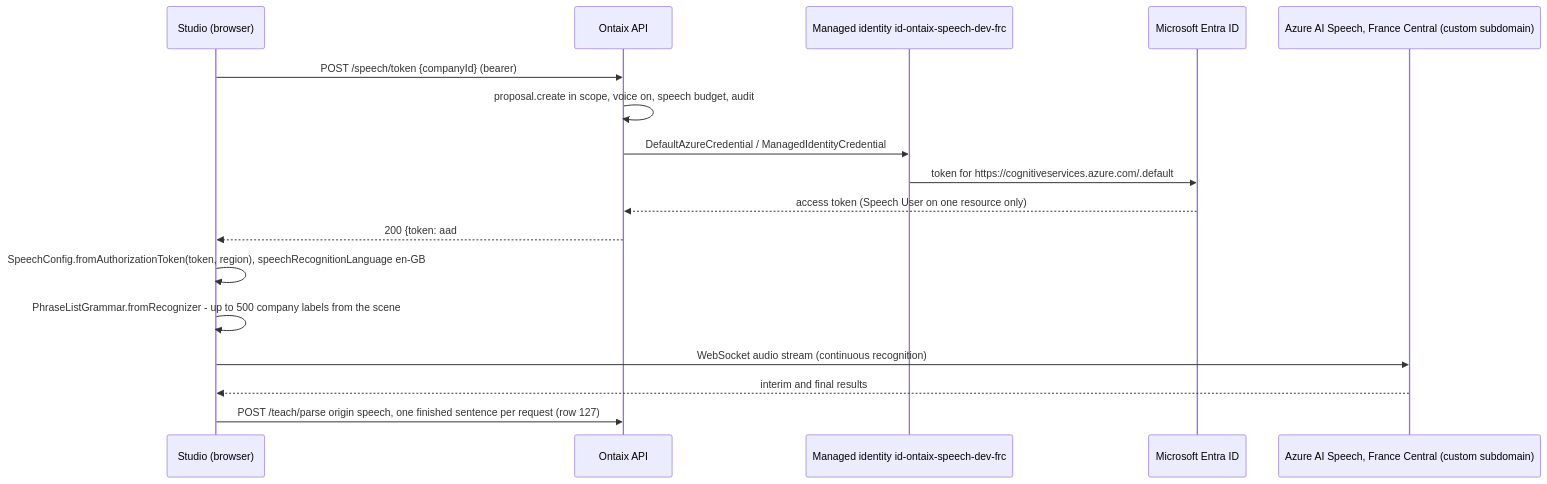
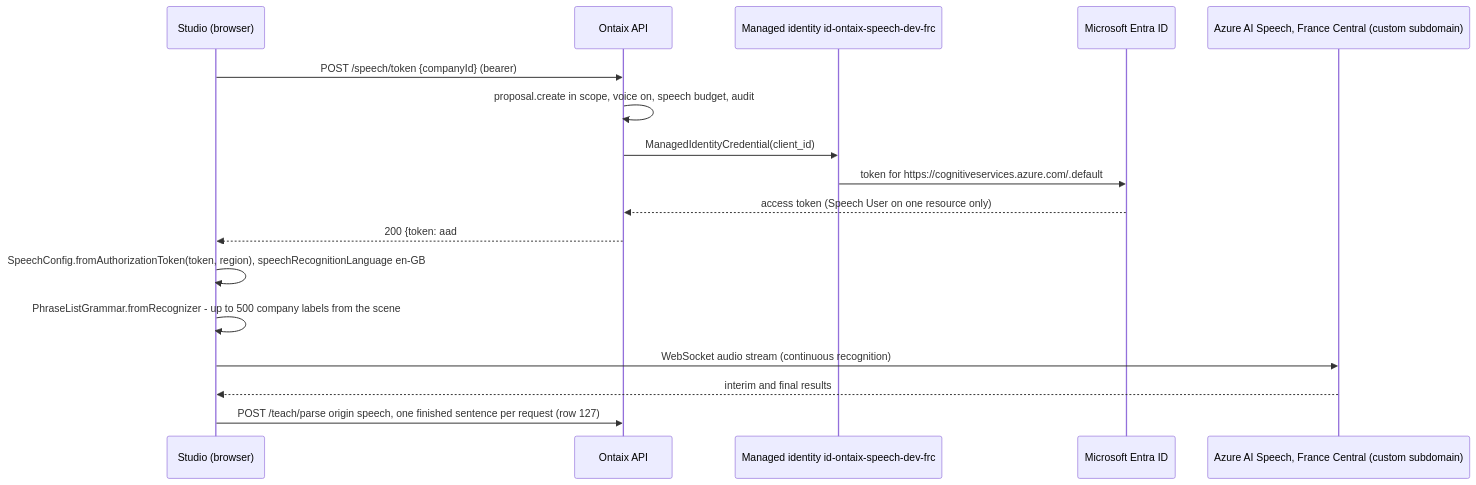
Before and after one commit to slimfarhanigithub/ontaix: the diagram in docs/adr/0013-speech-recognition.md, drawn with Mermaid. The commit also changed other lines of this file and 7 other files, not shown here.

````diff
--- a/docs/adr/0013-speech-recognition.md
+++ b/docs/adr/0013-speech-recognition.md
@@ -13,19 +13,19 @@
 ```mermaid
 sequenceDiagram
   participant S as Studio (browser)
   participant A as Ontaix API
   participant M as Managed identity id-ontaix-speech-dev-frc
   participant E as Microsoft Entra ID
   participant SP as Azure AI Speech, France Central (custom subdomain)
   S->>A: POST /speech/token {companyId} (bearer)
   A->>A: proposal.create in scope, voice on, speech budget, audit
-  A->>M: DefaultAzureCredential / ManagedIdentityCredential
+  A->>M: ManagedIdentityCredential(client_id)
   M->>E: token for https://cognitiveservices.azure.com/.default
   E-->>A: access token (Speech User on one resource only)
   A-->>S: 200 {token: aad#resourceId#accessToken, region, expiresAt, language} no-store
   S->>S: SpeechConfig.fromAuthorizationToken(token, region), speechRecognitionLanguage en-GB
   S->>S: PhraseListGrammar.fromRecognizer - up to 500 company labels from the scene
   S->>SP: WebSocket audio stream (continuous recognition)
   SP-->>S: interim and final results
   S->>A: POST /teach/parse origin speech, one finished sentence per request (row 127)
 ```
````
